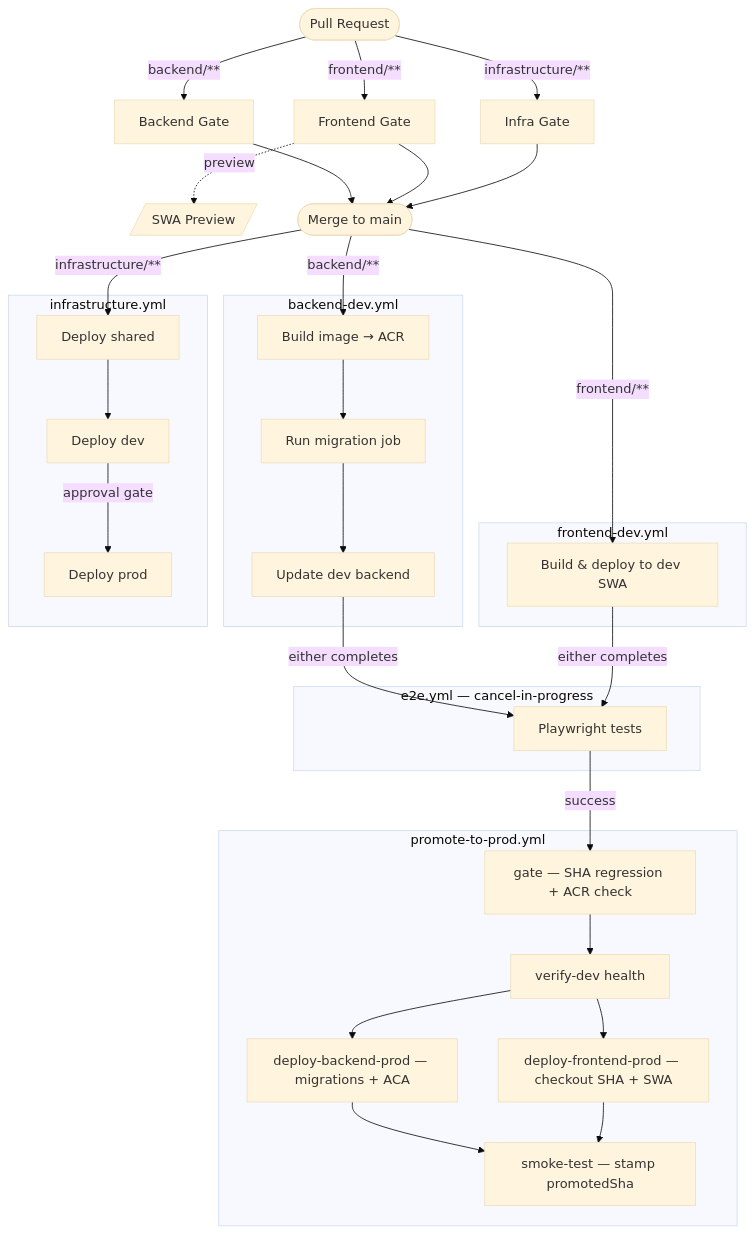
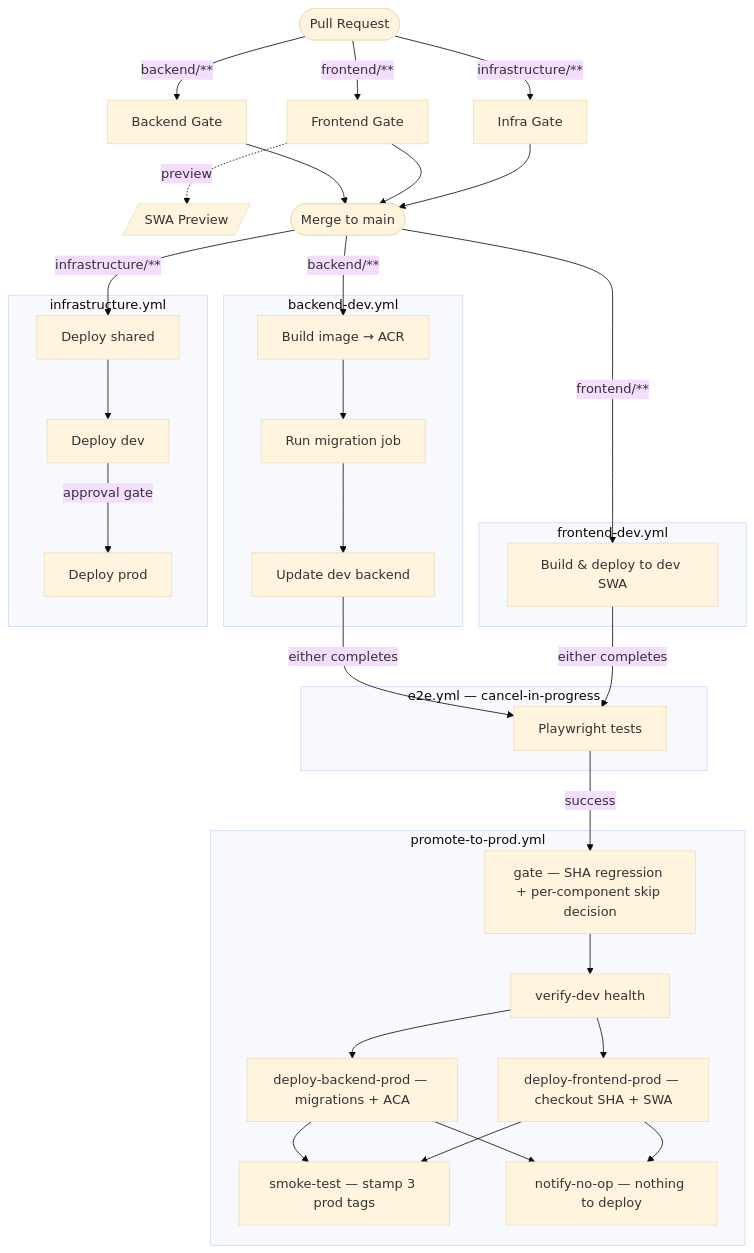
Before and after one commit to ljezek/tul-psi: the second of 2 diagrams in docs/CICD.md, drawn with Mermaid (base theme). The commit also changed other lines of this file and 5 other files, not shown here.

````diff
--- a/docs/CICD.md
+++ b/docs/CICD.md
@@ -36,44 +36,45 @@
 ```mermaid
 flowchart TD
     PR([Pull Request])
 
     PR -->|backend/**| BG[Backend Gate]
     PR -->|frontend/**| FG[Frontend Gate]
     PR -->|infrastructure/**| IG[Infra Gate]
     FG -.->|preview| PREV[/SWA Preview/]
 
     BG & FG & IG --> MAIN([Merge to main])
 
     MAIN -->|backend/**| BD
     MAIN -->|frontend/**| FD
     MAIN -->|infrastructure/**| IS
 
     subgraph bd [backend-dev.yml]
         BD[Build image → ACR] --> BM[Run migration job] --> BU[Update dev backend]
     end
 
     subgraph fd [frontend-dev.yml]
         FD[Build & deploy to dev SWA]
     end
 
     subgraph infra [infrastructure.yml]
         IS[Deploy shared] --> IDV[Deploy dev] -->|approval gate| IPR[Deploy prod]
     end
 
     BU -->|either completes| E2E
     FD -->|either completes| E2E
 
     subgraph e2e [e2e.yml — cancel-in-progress]
         E2E[Playwright tests]
     end
 
     E2E -->|success| GATE
 
     subgraph ptp [promote-to-prod.yml]
-        GATE[gate — SHA regression + ACR check]
+        GATE[gate — SHA regression + per-component skip decision]
         GATE --> VD[verify-dev health]
         VD --> BP[deploy-backend-prod — migrations + ACA]
         VD --> FP[deploy-frontend-prod — checkout SHA + SWA]
-        BP & FP --> ST[smoke-test — stamp promotedSha]
+        BP & FP --> ST[smoke-test — stamp 3 prod tags]
+        BP & FP --> NOP[notify-no-op — nothing to deploy]
     end
 ```
````
